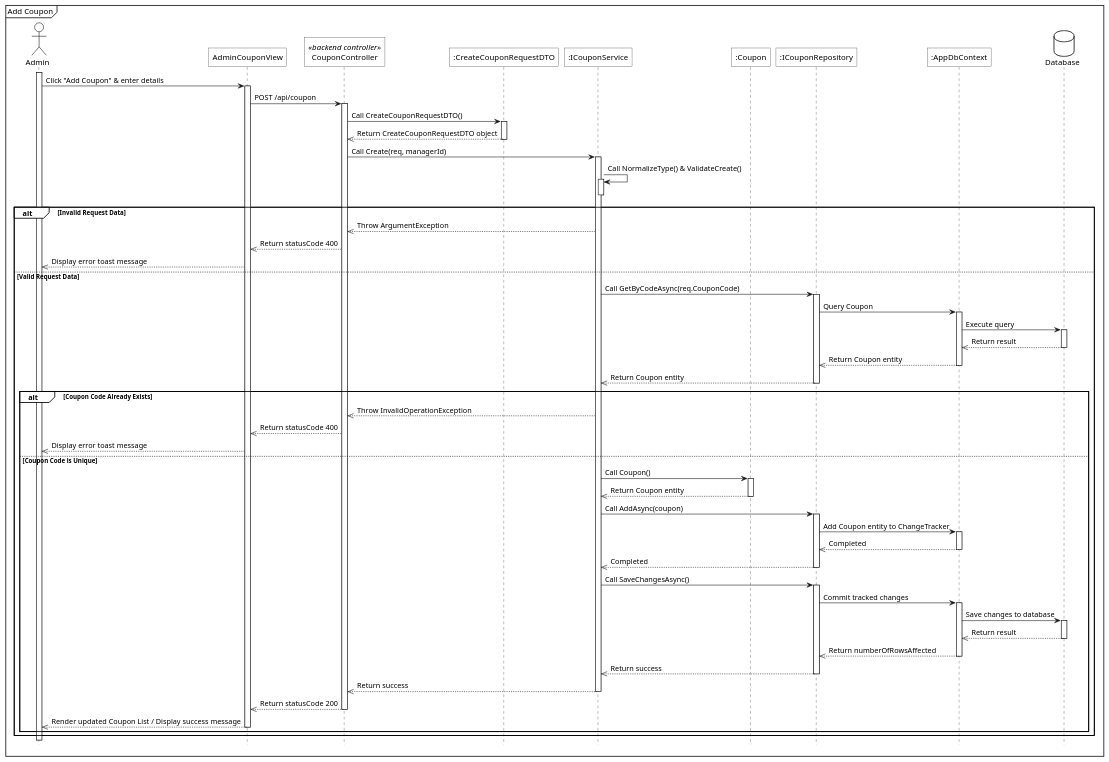
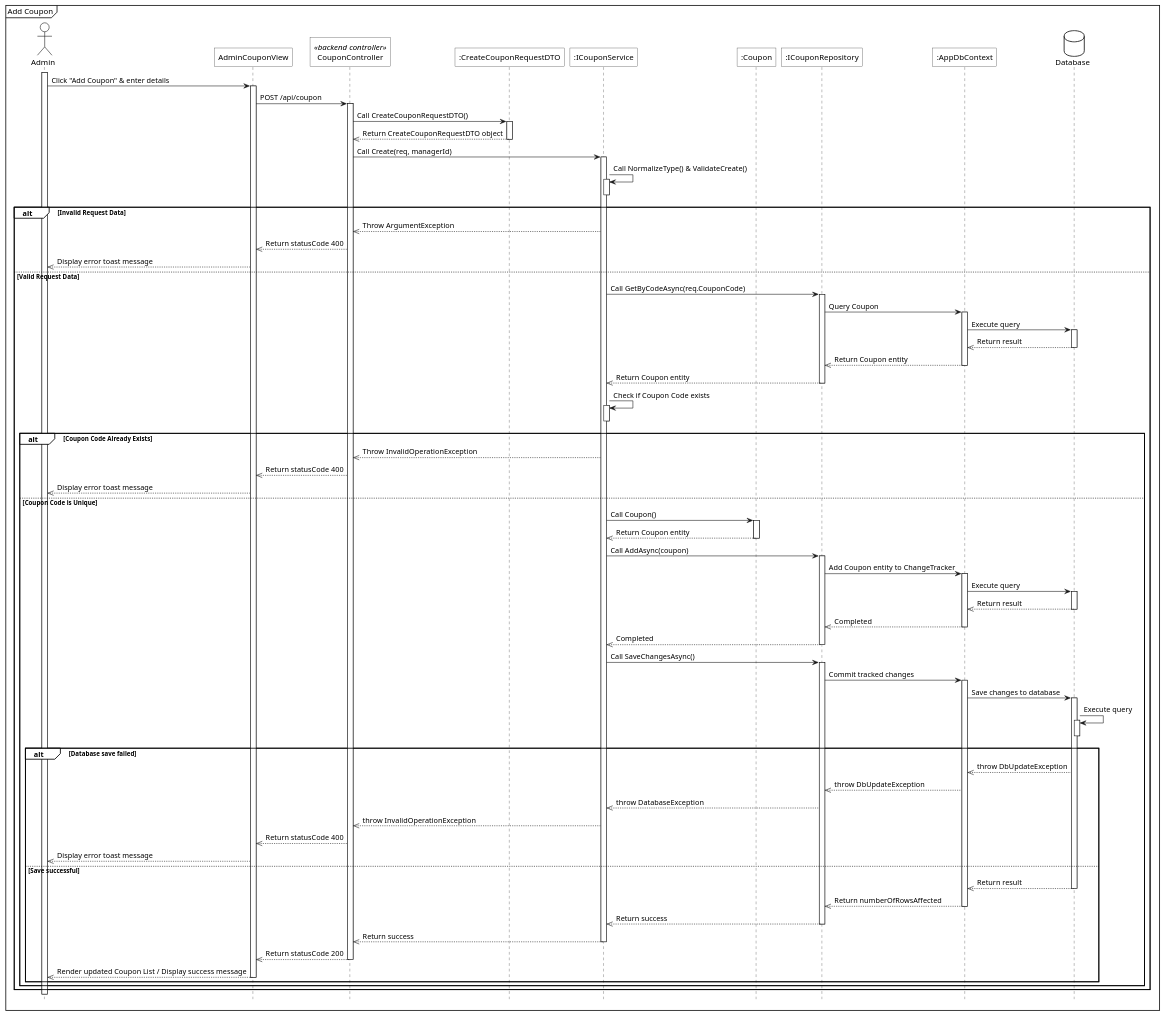
The diagram in diagrams/sequence/manage_coupons/sq_add_coupon.plantuml (1000do/Linked), drawn with PlantUML before and after one commit. The commit also changed 15 other files, not shown here.

Commit message:
sequence cua tao

```diff
--- a/diagrams/sequence/manage_coupons/sq_add_coupon.plantuml
+++ b/diagrams/sequence/manage_coupons/sq_add_coupon.plantuml
@@ -1,89 +1,107 @@
 @startuml 
 <style>
     sequenceDiagram{
         actor{
             BackgroundColor white
             LineThickness 1.0
         }
         participant{
             BackgroundColor white
             RoundCorner 0
         }
         database{
             BackgroundColor white
         }
         groupHeader{
             BackgroundColor white
         }
         referenceHeader{
             BackgroundColor white
         }
         reference{
             BackgroundColor white
         }
     }
 </style>
 
 hide footbox
 
 mainframe Add Coupon
 actor Admin as act
 
 participant "AdminCouponView" as view
 participant "CouponController" as be_ctrl <<backend controller>>
 participant ":CreateCouponRequestDTO" as be_req
 participant ":ICouponService" as sv
 participant ":Coupon" as coupon
 participant ":ICouponRepository" as repo
 participant ":AppDbContext" as ctx
 database Database as db
 
 act++
 act->view++: Click "Add Coupon" & enter details
 view->be_ctrl++: POST /api/coupon
 
 be_ctrl->be_req++: Call CreateCouponRequestDTO()
 be_req-->>be_ctrl--: Return CreateCouponRequestDTO object
 
 be_ctrl->sv++: Call Create(req, managerId)
 sv->sv++: Call NormalizeType() & ValidateCreate()
 sv--
 
 alt Invalid Request Data
     sv-->>be_ctrl: Throw ArgumentException
     be_ctrl-->>view: Return statusCode 400
     view-->>act: Display error toast message
 else Valid Request Data
     sv->repo++: Call GetByCodeAsync(req.CouponCode)
     repo->ctx++: Query Coupon
     ctx->db++: Execute query
     db-->>ctx--: Return result
     ctx-->>repo--: Return Coupon entity
     repo-->>sv--: Return Coupon entity
     
+    sv->sv++: Check if Coupon Code exists
+    sv--
+    
     alt Coupon Code Already Exists
         sv-->>be_ctrl: Throw InvalidOperationException
         be_ctrl-->>view: Return statusCode 400
         view-->>act: Display error toast message
     else Coupon Code is Unique
         sv->coupon++: Call Coupon()
         coupon-->>sv--: Return Coupon entity
         
         sv->repo++: Call AddAsync(coupon)
         repo->ctx++: Add Coupon entity to ChangeTracker
+        ctx->db++: Execute query
+        db-->>ctx--: Return result
         ctx-->>repo--: Completed
         repo-->>sv--: Completed
         
         sv->repo++: Call SaveChangesAsync()
         repo->ctx++: Commit tracked changes
         ctx->db++: Save changes to database
-        db-->>ctx--: Return result
-        ctx-->>repo--: Return numberOfRowsAffected
-        repo-->>sv--: Return success
         
-        sv-->>be_ctrl--: Return success
-        be_ctrl-->>view--: Return statusCode 200
-        view-->>act--: Render updated Coupon List / Display success message
+        db->db++: Execute query
+        db--
+        
+        alt Database save failed
+            db-->>ctx: throw DbUpdateException
+            ctx-->>repo: throw DbUpdateException
+            repo-->>sv: throw DatabaseException
+            sv-->>be_ctrl: throw InvalidOperationException
+            be_ctrl-->>view: Return statusCode 400
+            view-->>act: Display error toast message
+        else Save successful
+            db-->>ctx--: Return result
+            ctx-->>repo--: Return numberOfRowsAffected
+            repo-->>sv--: Return success
+            
+            sv-->>be_ctrl--: Return success
+            be_ctrl-->>view--: Return statusCode 200
+            view-->>act--: Render updated Coupon List / Display success message
+        end
     end
 end
 @enduml
```
